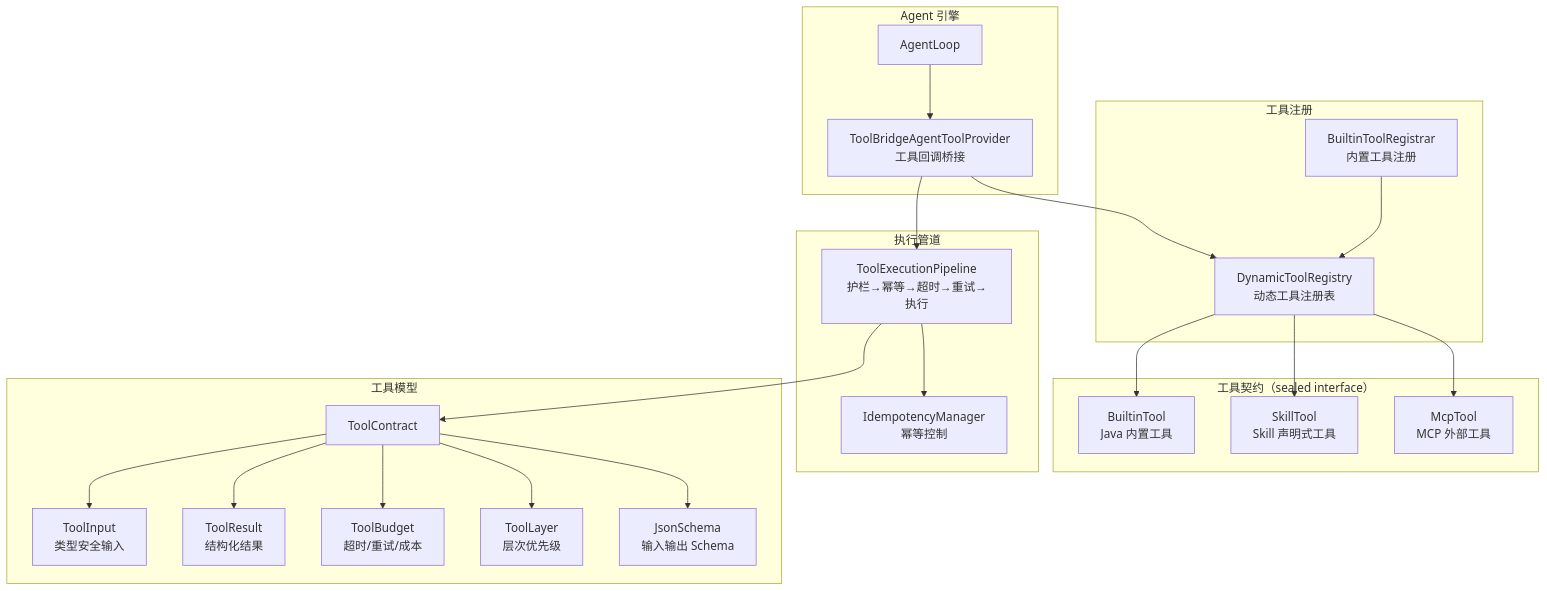
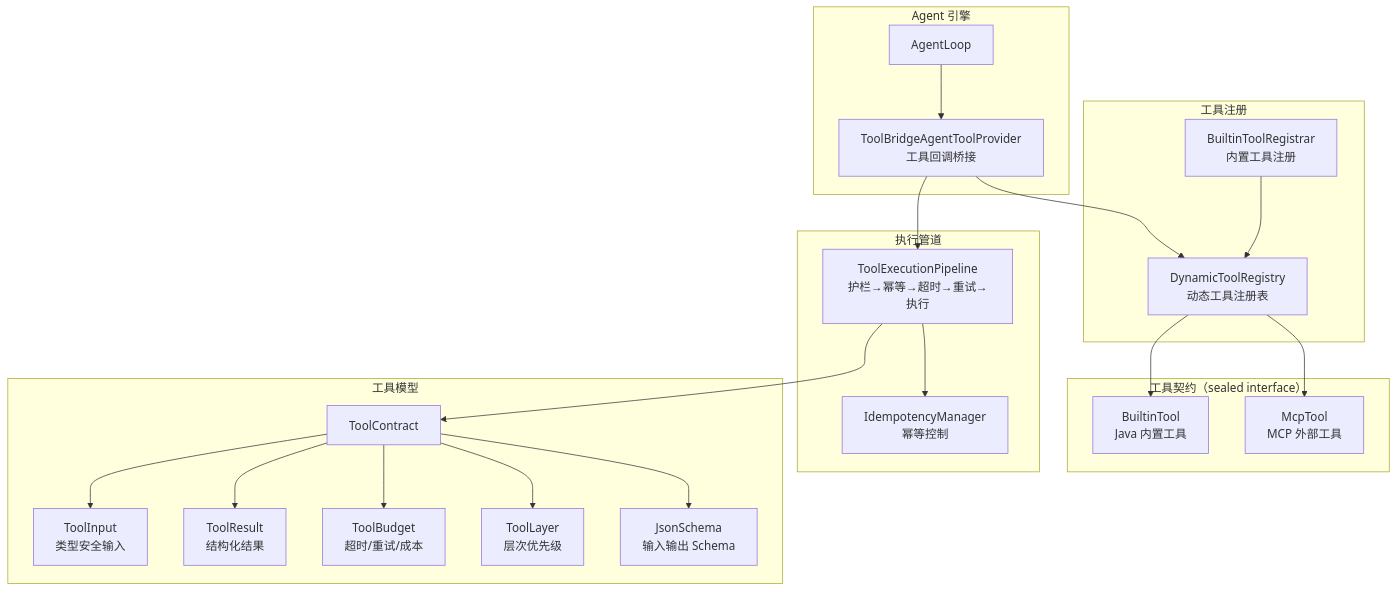
One commit to ntygod/LifePilot changed the first of 2 diagrams in docs/architecture/tool-ecosystem.md. Above: the diagram before and after it, drawn with Mermaid. The commit also changed other lines of this file and 5 other files, not shown here.

````diff
--- a/docs/architecture/tool-ecosystem.md
+++ b/docs/architecture/tool-ecosystem.md
@@ -13,46 +16,44 @@
 ```mermaid
 graph TB
     subgraph "Agent 引擎"
         AGENT["AgentLoop"]
         BRIDGE["ToolBridgeAgentToolProvider<br/>工具回调桥接"]
     end
 
     subgraph "工具注册"
         REG["DynamicToolRegistry<br/>动态工具注册表"]
         BUILTIN_REG["BuiltinToolRegistrar<br/>内置工具注册"]
     end
 
     subgraph "工具契约（sealed interface）"
         BUILTIN["BuiltinTool<br/>Java 内置工具"]
-        YAML["SkillTool<br/>Skill 声明式工具"]
         MCP_TOOL["McpTool<br/>MCP 外部工具"]
     end
 
     subgraph "执行管道"
         PIPE["ToolExecutionPipeline<br/>护栏→幂等→超时→重试→执行"]
         IDEM["IdempotencyManager<br/>幂等控制"]
     end
 
     subgraph "工具模型"
         CONTRACT["ToolContract"]
         INPUT["ToolInput<br/>类型安全输入"]
         RESULT["ToolResult<br/>结构化结果"]
         BUDGET["ToolBudget<br/>超时/重试/成本"]
         LAYER["ToolLayer<br/>层次优先级"]
         SCHEMA["JsonSchema<br/>输入输出 Schema"]
     end
 
     AGENT --> BRIDGE --> REG
     BUILTIN_REG --> REG
     REG --> BUILTIN
-    REG --> YAML
     REG --> MCP_TOOL
     BRIDGE --> PIPE
     PIPE --> IDEM
     PIPE --> CONTRACT
     CONTRACT --> INPUT
     CONTRACT --> RESULT
     CONTRACT --> BUDGET
     CONTRACT --> LAYER
     CONTRACT --> SCHEMA
 ```
````
